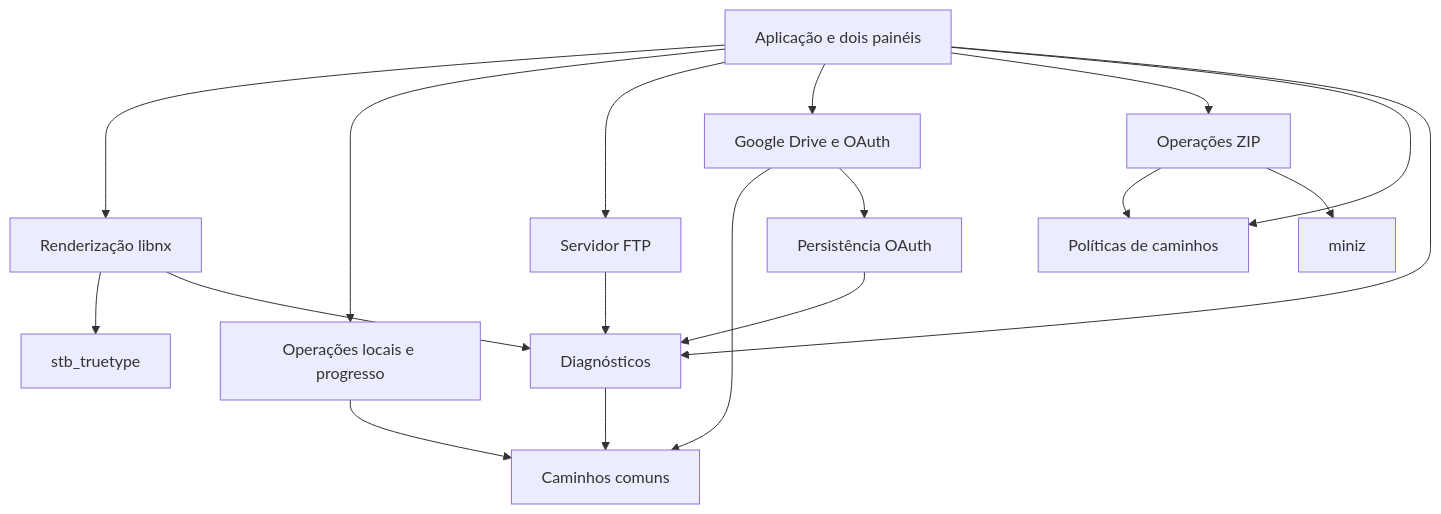
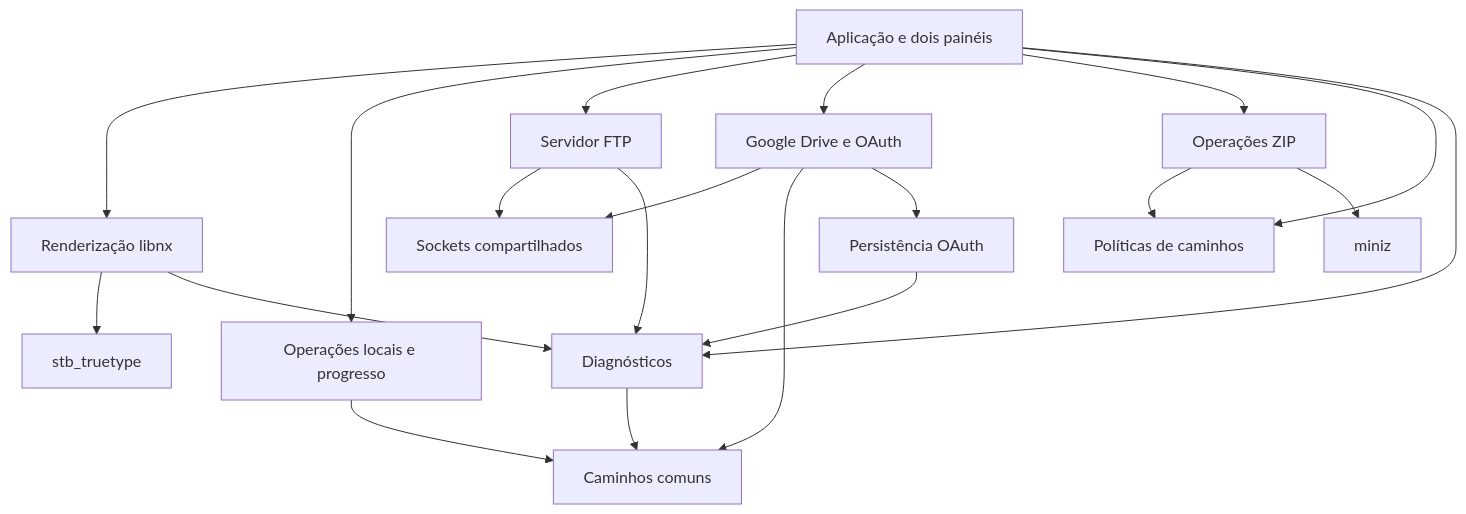
The diagram in docs/ARQUITETURA.md (TemudjinBR/switch-file-manager), drawn with Mermaid before and after one commit. The commit also changed other lines of this file and 43 other files, not shown here.

````diff
--- a/docs/ARQUITETURA.md
+++ b/docs/ARQUITETURA.md
@@ -9,20 +9,22 @@
 ```mermaid
 flowchart TD
     App[Aplicação e dois painéis] --> UI[Renderização libnx]
     App --> Storage[Operações locais e progresso]
     App --> FTP[Servidor FTP]
+    FTP --> Sockets[Sockets compartilhados]
+    Cloud --> Sockets
     App --> Cloud[Google Drive e OAuth]
     App --> ZIP[Operações ZIP]
     Storage --> Core[Caminhos comuns]
     App --> Security[Políticas de caminhos]
     ZIP --> Security
     ZIP --> Miniz[miniz]
     Cloud --> Core
     Cloud --> Credentials[Persistência OAuth]
     Credentials --> Logs
     UI --> STB[stb_truetype]
     App --> Logs[Diagnósticos]
     FTP --> Logs
     UI --> Logs
     Logs --> Core
 ```
````
